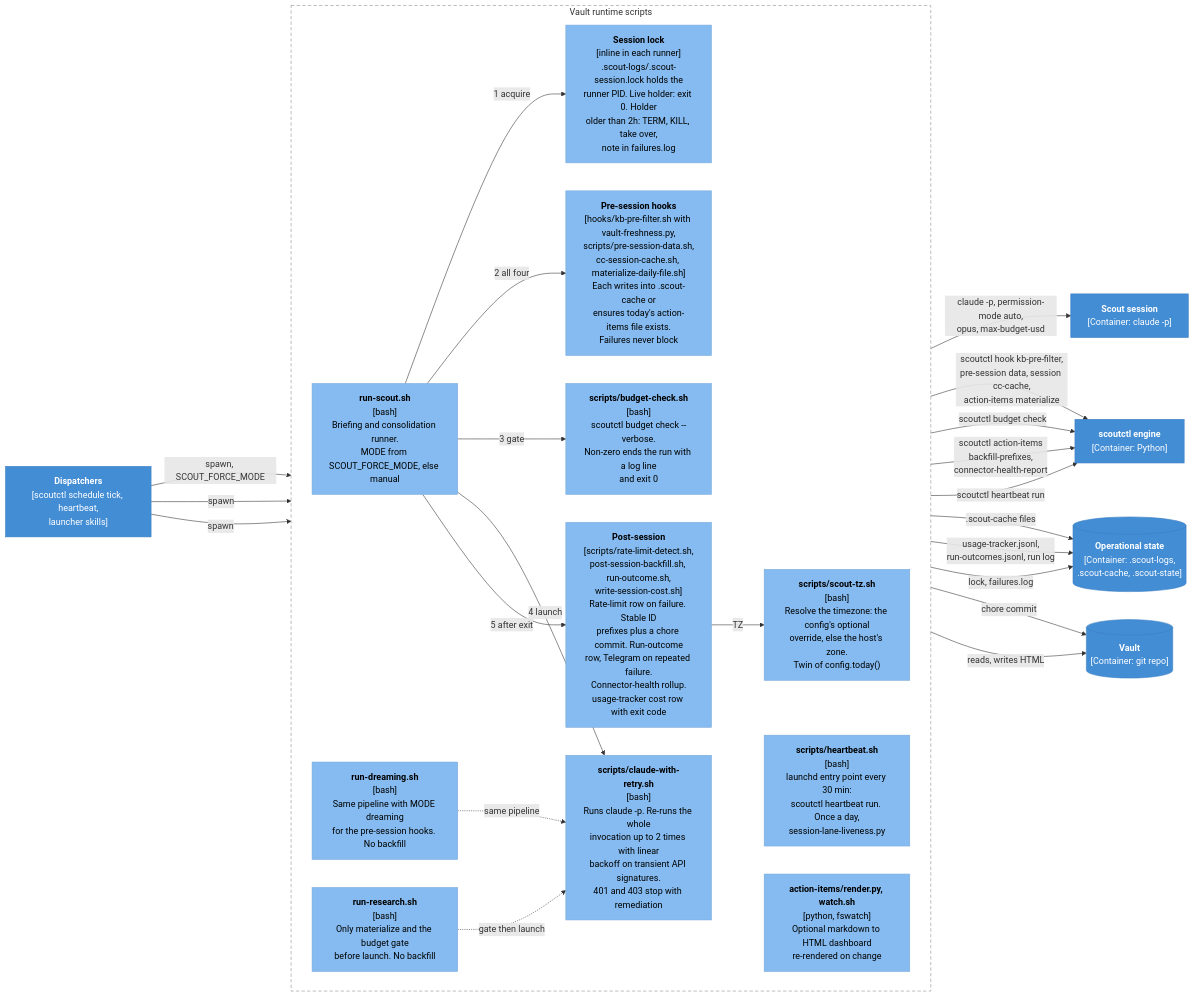
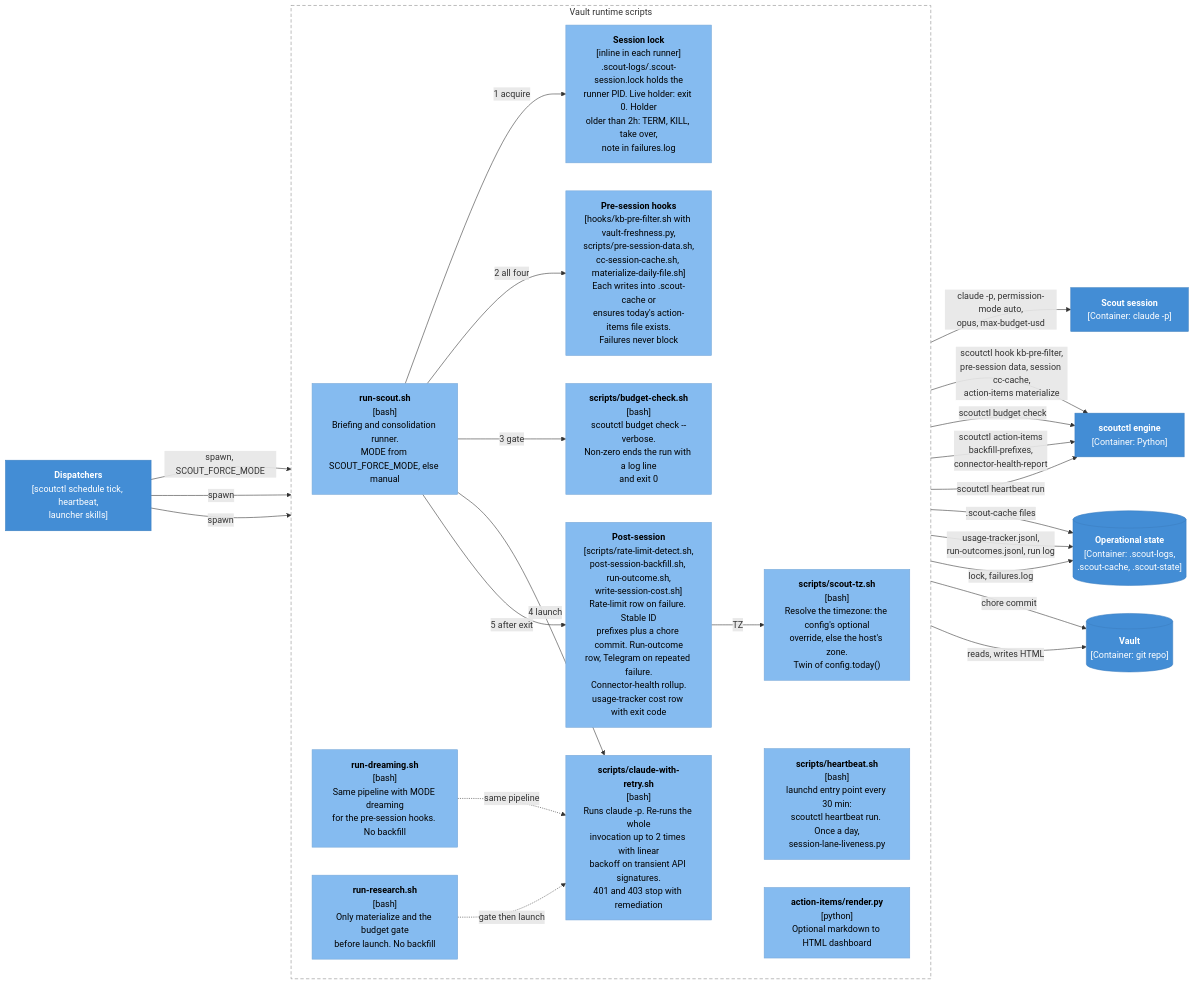
One commit to Raven-Scout/Scout changed the seventh of 7 diagrams in docs/architecture/03-components.md. Above: the diagram before and after it, drawn with Mermaid. The commit also changed 10 other files, not shown here.

````diff
--- a/docs/architecture/03-components.md
+++ b/docs/architecture/03-components.md
@@ -465,51 +465,51 @@
 ```mermaid
 flowchart LR
   classDef container fill:#438DD5,stroke:#3C7FC0,color:#fff
   classDef component fill:#85BBF0,stroke:#78A8D8,color:#000
   classDef ext fill:#999999,stroke:#8A8A8A,color:#fff
 
   dispatch["<b>Dispatchers</b><br/>[scoutctl schedule tick, heartbeat,<br/>launcher skills]"]:::container
   engine["<b>scoutctl engine</b><br/>[Container: Python]"]:::container
   session["<b>Scout session</b><br/>[Container: claude -p]"]:::container
   state[("<b>Operational state</b><br/>[Container: .scout-logs,<br/>.scout-cache, .scout-state]")]:::container
   vault[("<b>Vault</b><br/>[Container: git repo]")]:::container
 
   subgraph runtime ["Vault runtime scripts"]
     direction LR
     run_scout["<b>run-scout.sh</b><br/>[bash]<br/>Briefing and consolidation runner.<br/>MODE from SCOUT_FORCE_MODE, else manual"]:::component
     run_dream["<b>run-dreaming.sh</b><br/>[bash]<br/>Same pipeline with MODE dreaming<br/>for the pre-session hooks. No backfill"]:::component
     run_research["<b>run-research.sh</b><br/>[bash]<br/>Only materialize and the budget gate<br/>before launch. No backfill"]:::component
     lockstep["<b>Session lock</b><br/>[inline in each runner]<br/>.scout-logs/.scout-session.lock holds the<br/>runner PID. Live holder: exit 0. Holder<br/>older than 2h: TERM, KILL, take over,<br/>note in failures.log"]:::component
     prehooks["<b>Pre-session hooks</b><br/>[hooks/kb-pre-filter.sh with vault-freshness.py,<br/>scripts/pre-session-data.sh,<br/>cc-session-cache.sh, materialize-daily-file.sh]<br/>Each writes into .scout-cache or<br/>ensures today's action-items file exists.<br/>Failures never block"]:::component
     budget["<b>scripts/budget-check.sh</b><br/>[bash]<br/>scoutctl budget check --verbose.<br/>Non-zero ends the run with a log line<br/>and exit 0"]:::component
     retry["<b>scripts/claude-with-retry.sh</b><br/>[bash]<br/>Runs claude -p. Re-runs the whole<br/>invocation up to 2 times with linear<br/>backoff on transient API signatures.<br/>401 and 403 stop with remediation"]:::component
     post["<b>Post-session</b><br/>[scripts/rate-limit-detect.sh,<br/>post-session-backfill.sh, run-outcome.sh,<br/>write-session-cost.sh]<br/>Rate-limit row on failure. Stable ID<br/>prefixes plus a chore commit. Run-outcome<br/>row, Telegram on repeated failure.<br/>Connector-health rollup.<br/>usage-tracker cost row with exit code"]:::component
     tz["<b>scripts/scout-tz.sh</b><br/>[bash]<br/>Resolve the timezone: the config's optional<br/>override, else the host's zone.<br/>Twin of config.today()"]:::component
     hb["<b>scripts/heartbeat.sh</b><br/>[bash]<br/>launchd entry point every 30 min:<br/>scoutctl heartbeat run. Once a day,<br/>session-lane-liveness.py"]:::component
-    render["<b>action-items/render.py, watch.sh</b><br/>[python, fswatch]<br/>Optional markdown to HTML dashboard<br/>re-rendered on change"]:::component
+    render["<b>action-items/render.py</b><br/>[python]<br/>Optional markdown to HTML dashboard"]:::component
   end
 
   dispatch -->|"spawn, SCOUT_FORCE_MODE"| run_scout
   dispatch -->|"spawn"| run_dream
   dispatch -->|"spawn"| run_research
   run_scout -->|"1 acquire"| lockstep
   run_scout -->|"2 all four"| prehooks
   run_scout -->|"3 gate"| budget
   run_scout -->|"4 launch"| retry
   run_scout -->|"5 after exit"| post
   run_dream -.->|"same pipeline"| retry
   run_research -.->|"gate then launch"| retry
   retry -->|"claude -p, permission-mode auto,<br/>opus, max-budget-usd"| session
   prehooks -->|"scoutctl hook kb-pre-filter,<br/>pre-session data, session cc-cache,<br/>action-items materialize"| engine
   budget -->|"scoutctl budget check"| engine
   post -->|"scoutctl action-items<br/>backfill-prefixes,<br/>connector-health-report"| engine
   hb -->|"scoutctl heartbeat run"| engine
   post -->|"TZ"| tz
   prehooks -->|".scout-cache files"| state
   post -->|"usage-tracker.jsonl,<br/>run-outcomes.jsonl, run log"| state
   lockstep -->|"lock, failures.log"| state
   post -->|"chore commit"| vault
   render -->|"reads, writes HTML"| vault
 
   style runtime fill:none,stroke:#8A8A8A,stroke-dasharray:6 4
 ```
````
